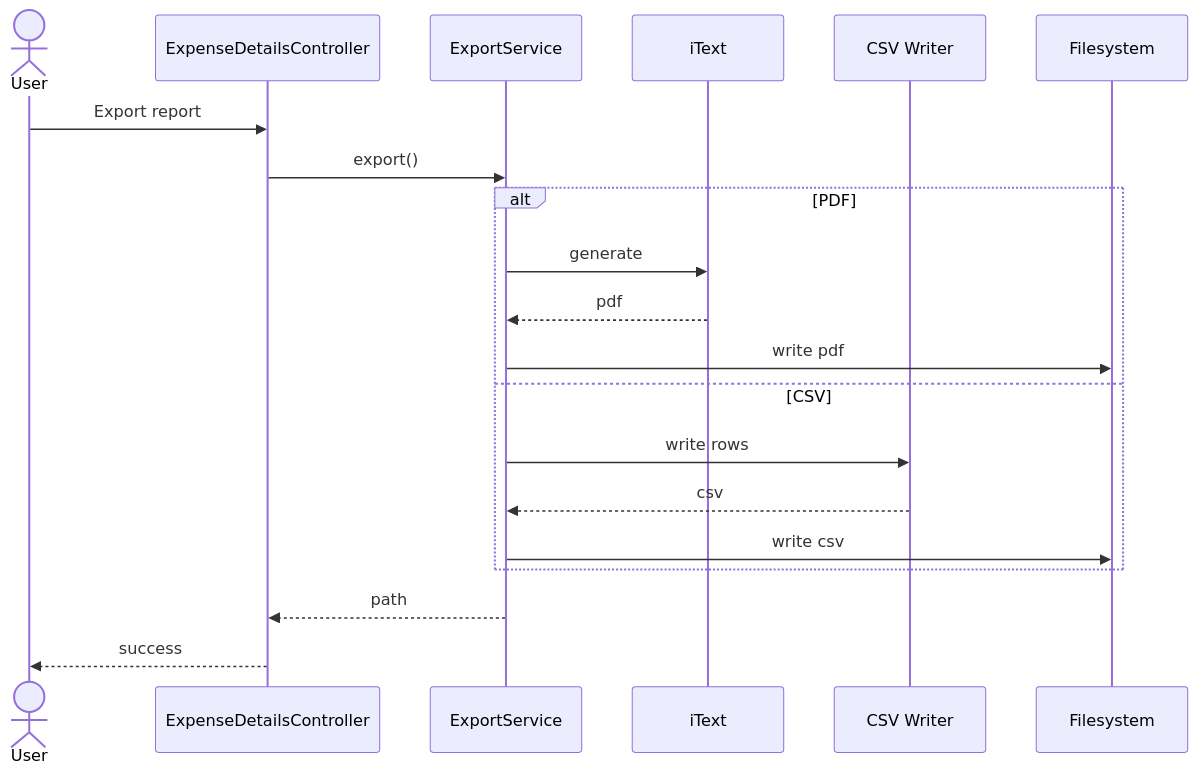
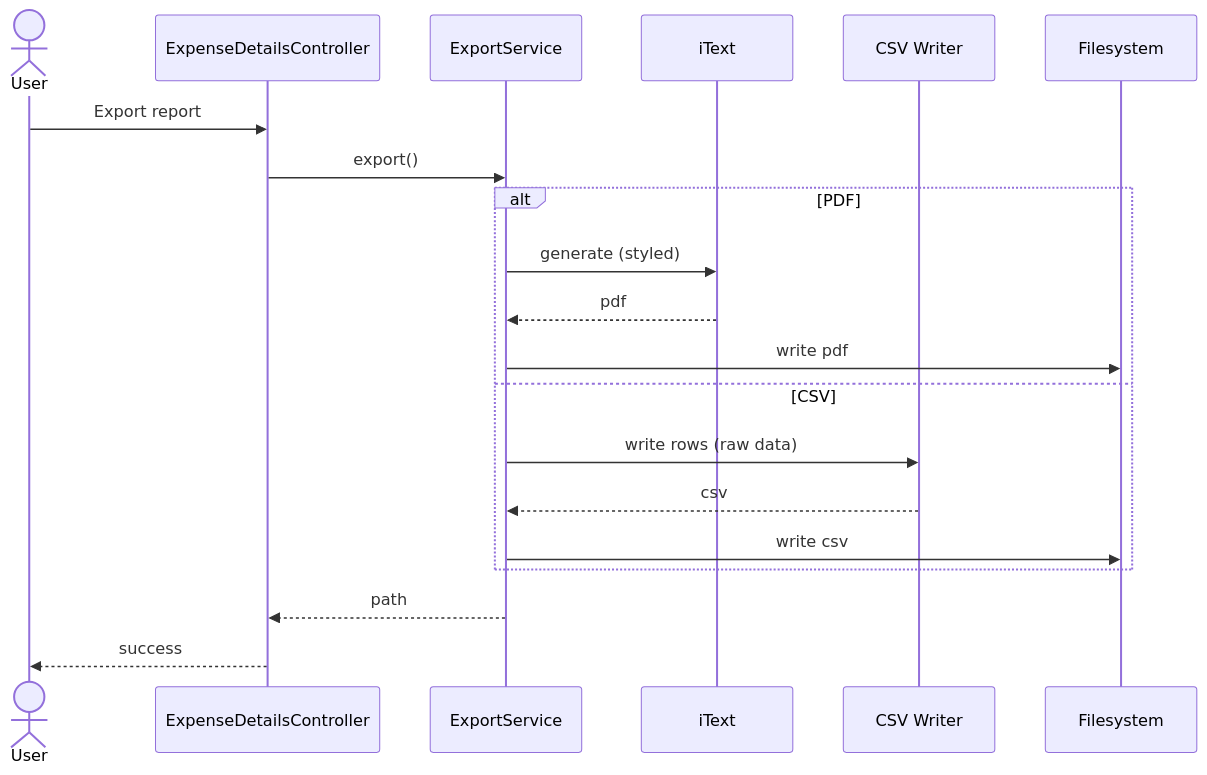
The fifth of 5 diagrams in README.md (malcolm-cephas/Expense_Splitter), drawn with Mermaid before and after one commit. The commit also changed other lines of this file and 12 other files, not shown here.

````diff
--- a/README.md
+++ b/README.md
@@ -252,25 +269,25 @@
 ```mermaid
 sequenceDiagram
 actor User
 participant UI as ExpenseDetailsController
 participant Service as ExportService
 participant PDF as iText
 participant CSV as CSV Writer
 participant FS as Filesystem
 
 User ->> UI: Export report
 UI ->> Service: export()
 
 alt PDF
-Service ->> PDF: generate
+Service ->> PDF: generate (styled)
 PDF -->> Service: pdf
 Service ->> FS: write pdf
 else CSV
-Service ->> CSV: write rows
+Service ->> CSV: write rows (raw data)
 CSV -->> Service: csv
 Service ->> FS: write csv
 end
 
 Service -->> UI: path
 UI -->> User: success
 ```
````
